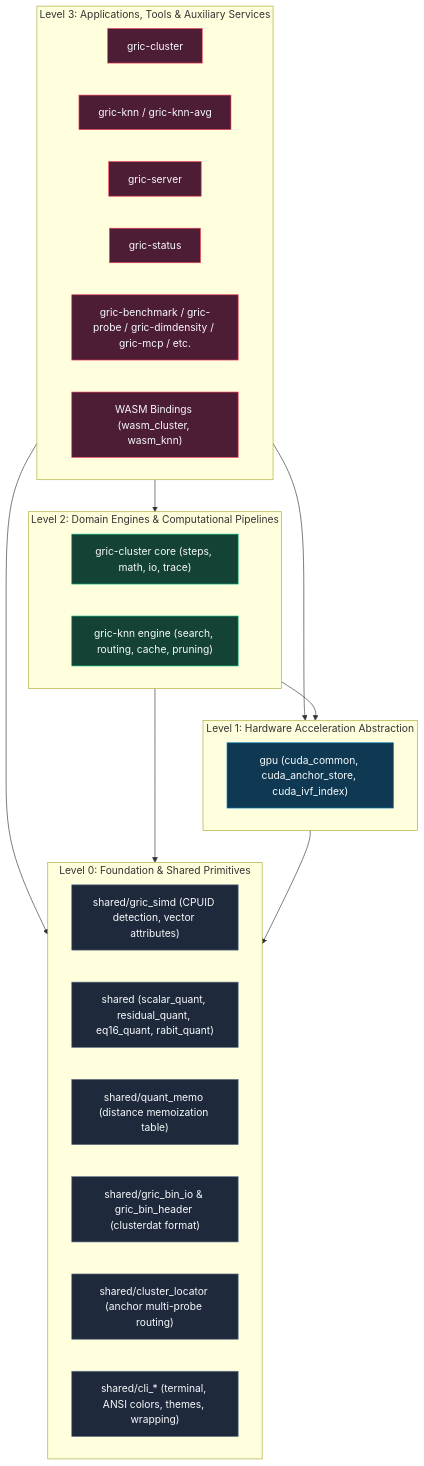
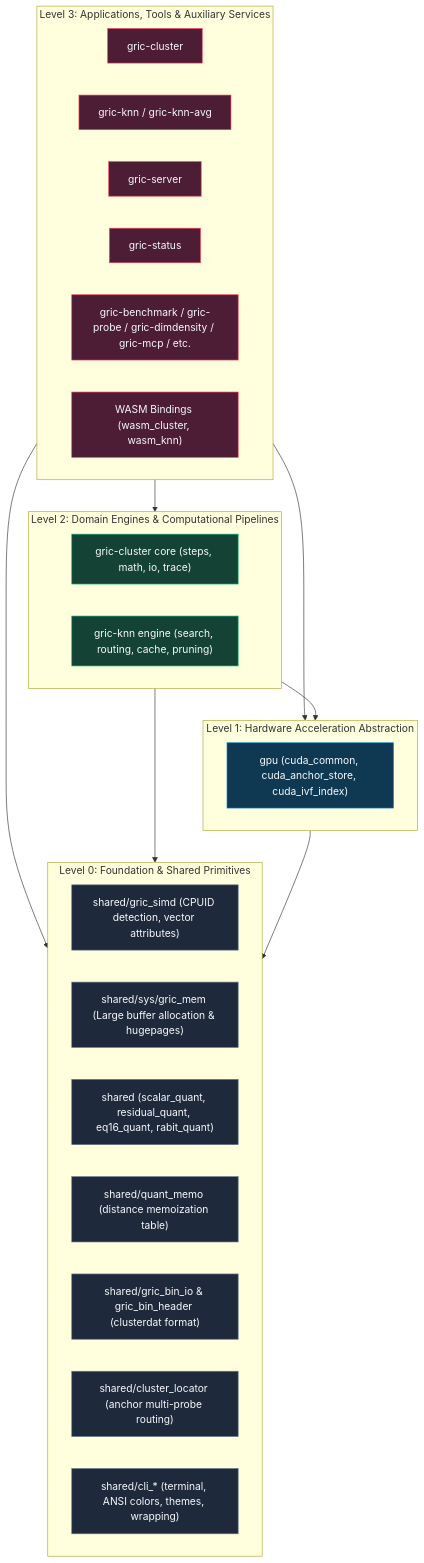
One commit to oguyon/gric-cluster changed the first of 2 diagrams in dependency_graph.md. Above: the diagram before and after it, drawn with Mermaid. The commit also changed 6 other files, not shown here.

````diff
--- a/dependency_graph.md
+++ b/dependency_graph.md
@@ -13,41 +13,42 @@
 ```mermaid
 graph TD
     classDef l0 fill:#1e293b,stroke:#64748b,stroke-width:1px,color:#f8fafc;
     classDef l1 fill:#0f3952,stroke:#0284c7,stroke-width:1px,color:#f8fafc;
     classDef l2 fill:#144234,stroke:#10b981,stroke-width:1px,color:#f8fafc;
     classDef l3 fill:#4c1d35,stroke:#f43f5e,stroke-width:1px,color:#f8fafc;
 
     subgraph Level3 ["Level 3: Applications, Tools & Auxiliary Services"]
         APP_CLUSTER["gric-cluster"]:::l3
         APP_KNN["gric-knn / gric-knn-avg"]:::l3
         APP_SERVER["gric-server"]:::l3
         APP_STATUS["gric-status"]:::l3
         APP_TOOLS["gric-benchmark / gric-probe / gric-dimdensity / gric-mcp / etc."]:::l3
         APP_WASM["WASM Bindings (wasm_cluster, wasm_knn)"]:::l3
     end
 
     subgraph Level2 ["Level 2: Domain Engines & Computational Pipelines"]
         ENG_CLUSTER["gric-cluster core (steps, math, io, trace)"]:::l2
         ENG_KNN["gric-knn engine (search, routing, cache, pruning)"]:::l2
     end
 
     subgraph Level1 ["Level 1: Hardware Acceleration Abstraction"]
         ACC_GPU["gpu (cuda_common, cuda_anchor_store, cuda_ivf_index)"]:::l1
     end
 
     subgraph Level0 ["Level 0: Foundation & Shared Primitives"]
         LIB_SIMD["shared/gric_simd (CPUID detection, vector attributes)"]:::l0
+        LIB_MEM["shared/sys/gric_mem (Large buffer allocation & hugepages)"]:::l0
         LIB_QUANT["shared (scalar_quant, residual_quant, eq16_quant, rabit_quant)"]:::l0
         LIB_MEMO["shared/quant_memo (distance memoization table)"]:::l0
         LIB_IO["shared/gric_bin_io & gric_bin_header (clusterdat format)"]:::l0
         LIB_LOC["shared/cluster_locator (anchor multi-probe routing)"]:::l0
         LIB_CLI["shared/cli_* (terminal, ANSI colors, themes, wrapping)"]:::l0
     end
 
     Level3 --> Level2
     Level3 --> Level1
     Level3 --> Level0
     Level2 --> Level1
     Level2 --> Level0
     Level1 --> Level0
 ```
````
